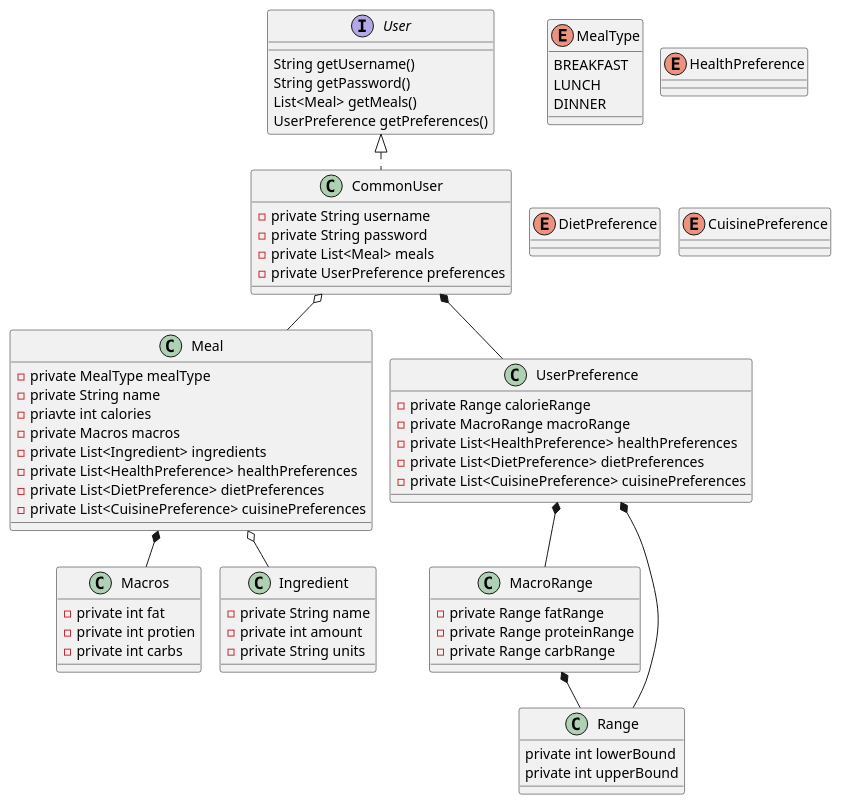
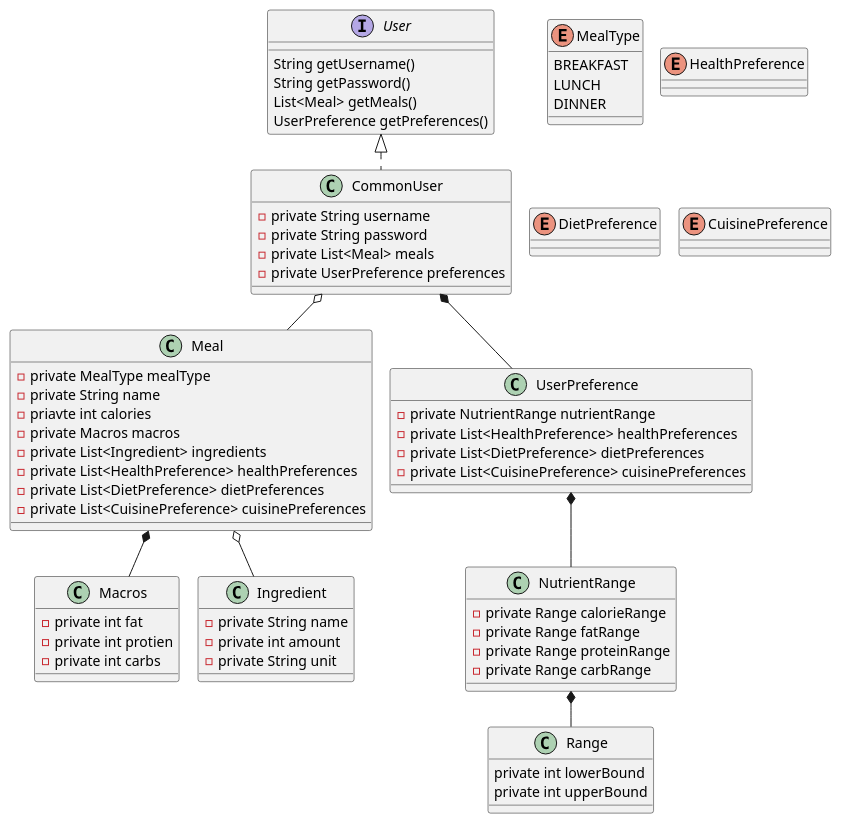
Before and after one commit to vrindasubhash/NutriNinja: the diagram in design/plantuml/classes.puml, drawn with PlantUML.

Commit message:
class uml diagram revision

```diff
--- a/design/plantuml/classes.puml
+++ b/design/plantuml/classes.puml
@@ -1,81 +1,80 @@
 @startuml
 !pragma layout smetana
 'https://plantuml.com/class-diagram
 CommonUser o-- Meal
 CommonUser *-- UserPreference
 Meal *-- Macros
 Meal o-- Ingredient
-UserPreference *-- MacroRange
-MacroRange *-- Range
-UserPreference *-- Range
+UserPreference *-- NutrientRange
+NutrientRange *-- Range
 
 interface User {
     String getUsername()
     String getPassword()
     List<Meal> getMeals()
     UserPreference getPreferences()
 }
 
 class CommonUser implements User {
 - private String username
 - private String password
 - private List<Meal> meals
 - private UserPreference preferences
 }
 
 class Meal {
 - private MealType mealType
 - private String name
 - priavte int calories
 - private Macros macros
 - private List<Ingredient> ingredients
 - private List<HealthPreference> healthPreferences
 - private List<DietPreference> dietPreferences
 - private List<CuisinePreference> cuisinePreferences
 }
 
 class UserPreference {
-- private Range calorieRange
-- private MacroRange macroRange
+- private NutrientRange nutrientRange
 - private List<HealthPreference> healthPreferences
 - private List<DietPreference> dietPreferences
 - private List<CuisinePreference> cuisinePreferences
 }
 
 class Macros {
 - private int fat
 - private int protien
 - private int carbs
 }
 
-class MacroRange {
+class NutrientRange {
+- private Range calorieRange
 - private Range fatRange
 - private Range proteinRange
 - private Range carbRange
 }
 
 class Ingredient {
 - private String name
 - private int amount
-- private String units
+- private String unit
 }
 
 class Range {
     private int lowerBound
     private int upperBound
 }
 
 enum MealType {
 BREAKFAST
 LUNCH
 DINNER
 }
 
 enum HealthPreference {}
 
 enum DietPreference {}
 
 enum CuisinePreference{}
 
 
 @enduml
```
